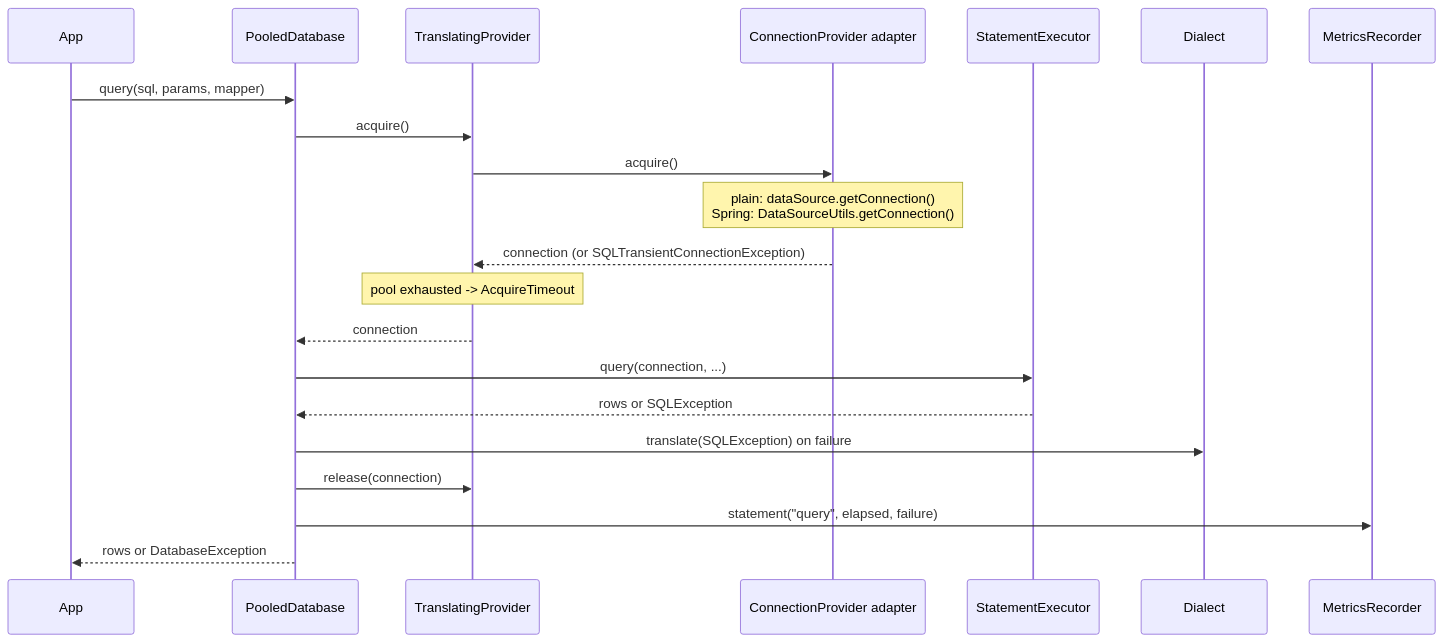
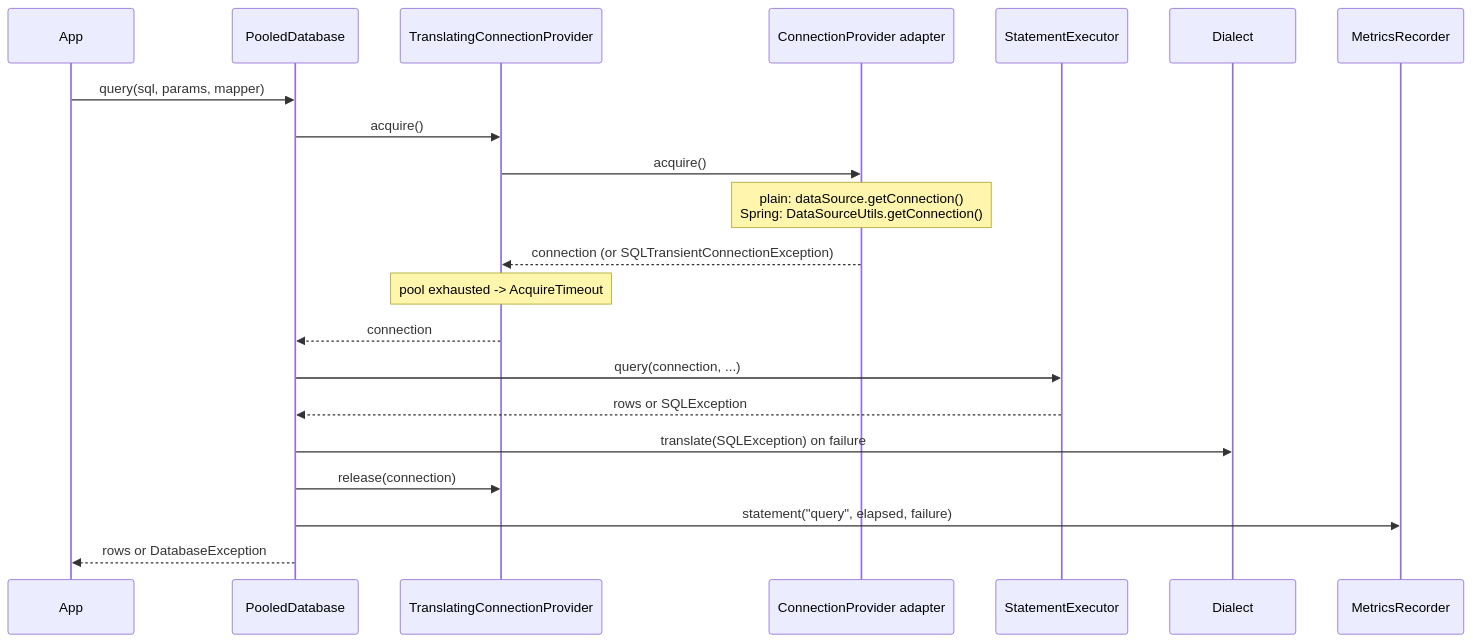
One commit to varnit-ta/plugkit-util changed the second of 6 diagrams in plugkit-db/docs/adr/0005-integrations.md. Above: the diagram before and after it, drawn with Mermaid. The commit also changed other lines of this file and 76 other files, not shown here.

````diff
--- a/plugkit-db/docs/adr/0005-integrations.md
+++ b/plugkit-db/docs/adr/0005-integrations.md
@@ -127,23 +127,23 @@
 ```mermaid
 sequenceDiagram
     participant App
     participant PD as PooledDatabase
-    participant TP as TranslatingProvider
+    participant TP as TranslatingConnectionProvider
     participant CP as ConnectionProvider adapter
     participant SE as StatementExecutor
     participant D as Dialect
     participant MR as MetricsRecorder
     App->>PD: query(sql, params, mapper)
     PD->>TP: acquire()
     TP->>CP: acquire()
     Note over CP: plain: dataSource.getConnection()<br/>Spring: DataSourceUtils.getConnection()
     CP-->>TP: connection (or SQLTransientConnectionException)
     Note over TP: pool exhausted -> AcquireTimeout
     TP-->>PD: connection
     PD->>SE: query(connection, ...)
     SE-->>PD: rows or SQLException
     PD->>D: translate(SQLException) on failure
     PD->>TP: release(connection)
     PD->>MR: statement("query", elapsed, failure)
     PD-->>App: rows or DatabaseException
 ```
````
